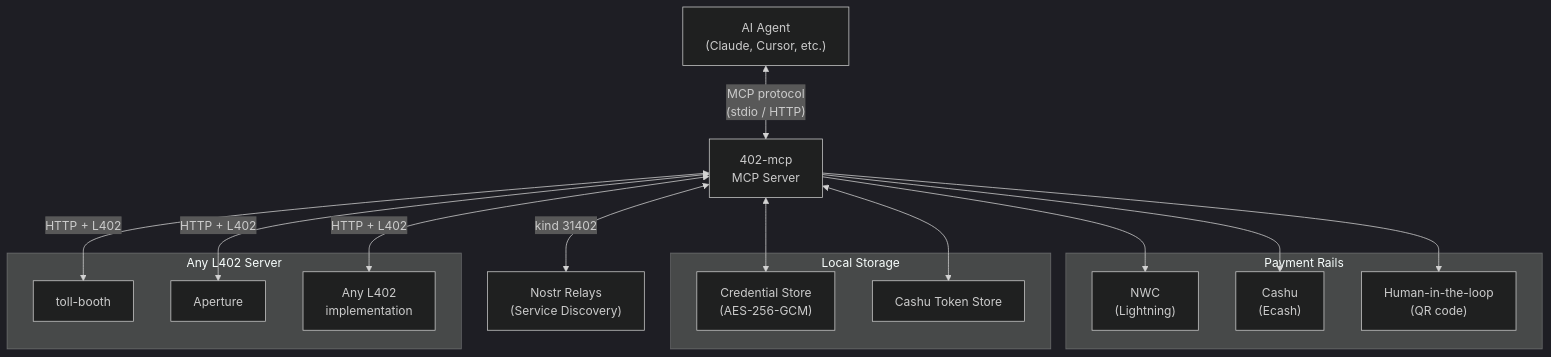
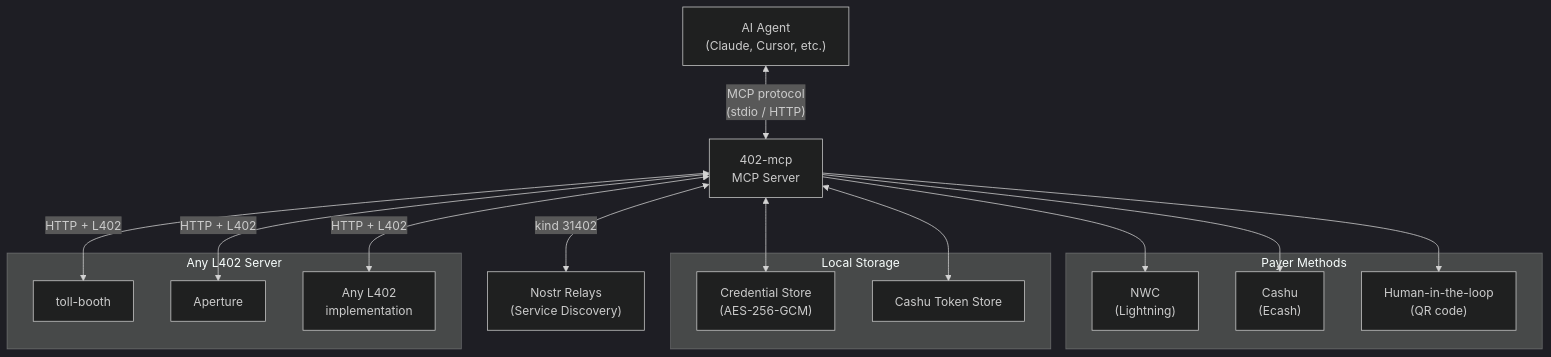
The first of 4 diagrams in docs/architecture.md (forgesworn/402-mcp), drawn with Mermaid (dark theme) before and after one commit. The commit also changed other lines of this file and 31 other files, not shown here.

````diff
--- a/docs/architecture.md
+++ b/docs/architecture.md
@@ -9,35 +9,35 @@
 ```mermaid
 graph TB
     Agent["AI Agent<br/>(Claude, Cursor, etc.)"]
     MCP["402-mcp<br/>MCP Server"]
 
-    subgraph Wallets["Payment Rails"]
+    subgraph Wallets["Payer Methods"]
         NWC["NWC<br/>(Lightning)"]
         Cashu["Cashu<br/>(Ecash)"]
         Human["Human-in-the-loop<br/>(QR code)"]
     end
 
     subgraph Storage["Local Storage"]
         Creds["Credential Store<br/>(AES-256-GCM)"]
         Tokens["Cashu Token Store"]
     end
 
     subgraph Servers["Any L402 Server"]
         TB["toll-booth"]
         Aperture["Aperture"]
         Other["Any L402<br/>implementation"]
     end
 
     Nostr["Nostr Relays<br/>(Service Discovery)"]
 
     Agent <-->|"MCP protocol<br/>(stdio / HTTP)"| MCP
     MCP --> NWC
     MCP --> Cashu
     MCP --> Human
     MCP <--> Creds
     MCP <--> Tokens
     MCP <-->|"HTTP + L402"| TB
     MCP <-->|"HTTP + L402"| Aperture
     MCP <-->|"HTTP + L402"| Other
     MCP <-->|"kind 31402"| Nostr
 ```
````
